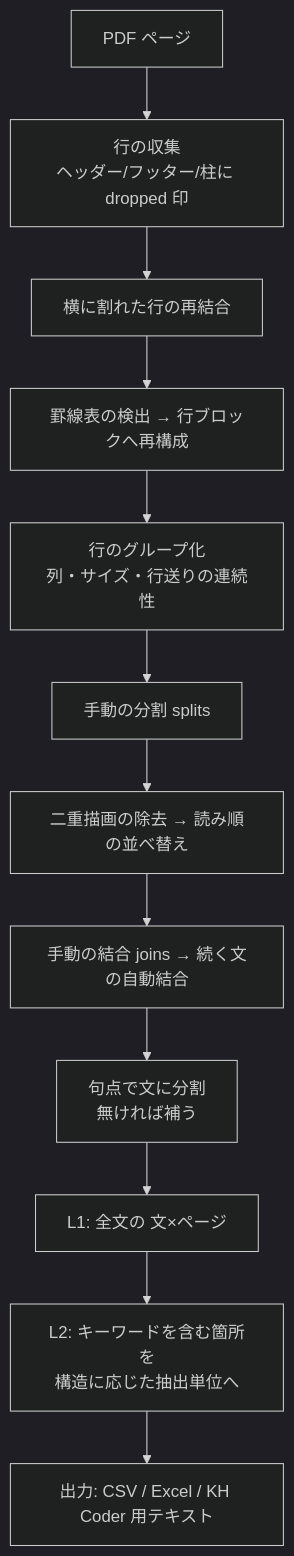
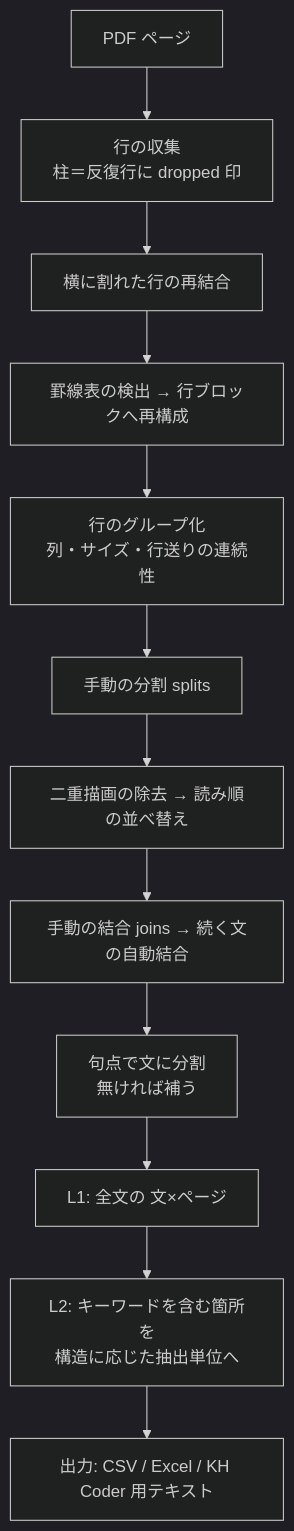
The second of 2 diagrams in docs/architecture.md (1f10230039/pdf-text-workbench), drawn with Mermaid (dark theme) before and after one commit. The commit also changed other lines of this file and 13 other files, not shown here.

````diff
--- a/docs/architecture.md
+++ b/docs/architecture.md
@@ -46,14 +48,14 @@
 ```mermaid
 flowchart TD
-    A[PDF ページ] --> B[行の収集<br>ヘッダー/フッター/柱に dropped 印]
+    A[PDF ページ] --> B[行の収集<br>柱＝反復行に dropped 印]
     B --> C[横に割れた行の再結合]
     C --> D[罫線表の検出 → 行ブロックへ再構成]
     D --> E[行のグループ化<br>列・サイズ・行送りの連続性]
     E --> F[手動の分割 splits]
     F --> G[二重描画の除去 → 読み順の並べ替え]
     G --> H[手動の結合 joins → 続く文の自動結合]
     H --> I[句点で文に分割<br>無ければ補う]
     I --> J[L1: 全文の 文×ページ]
     J --> K[L2: キーワードを含む箇所を<br>構造に応じた抽出単位へ]
     K --> L[出力: CSV / Excel / KH Coder 用テキスト]
 ```
````
